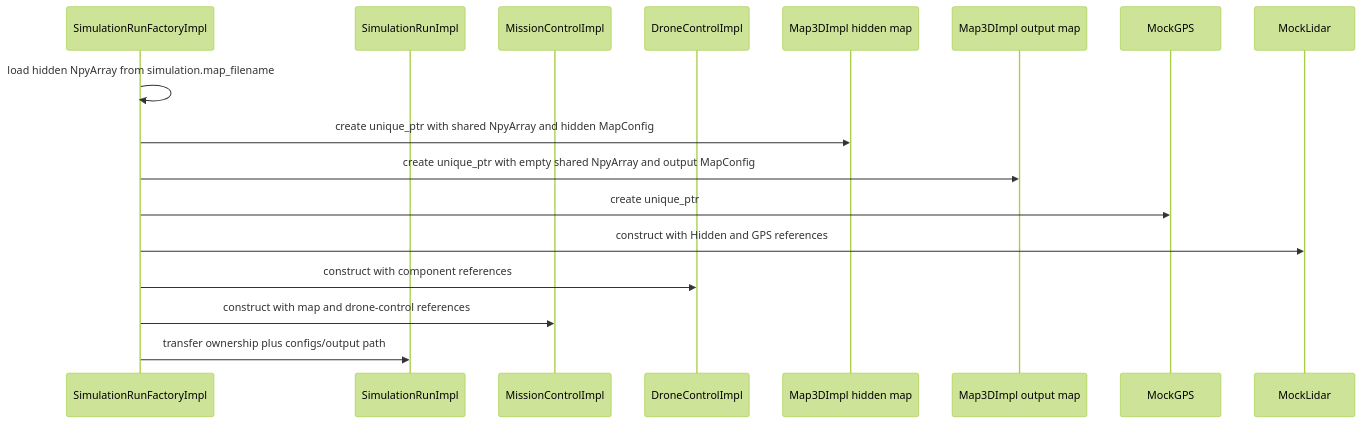
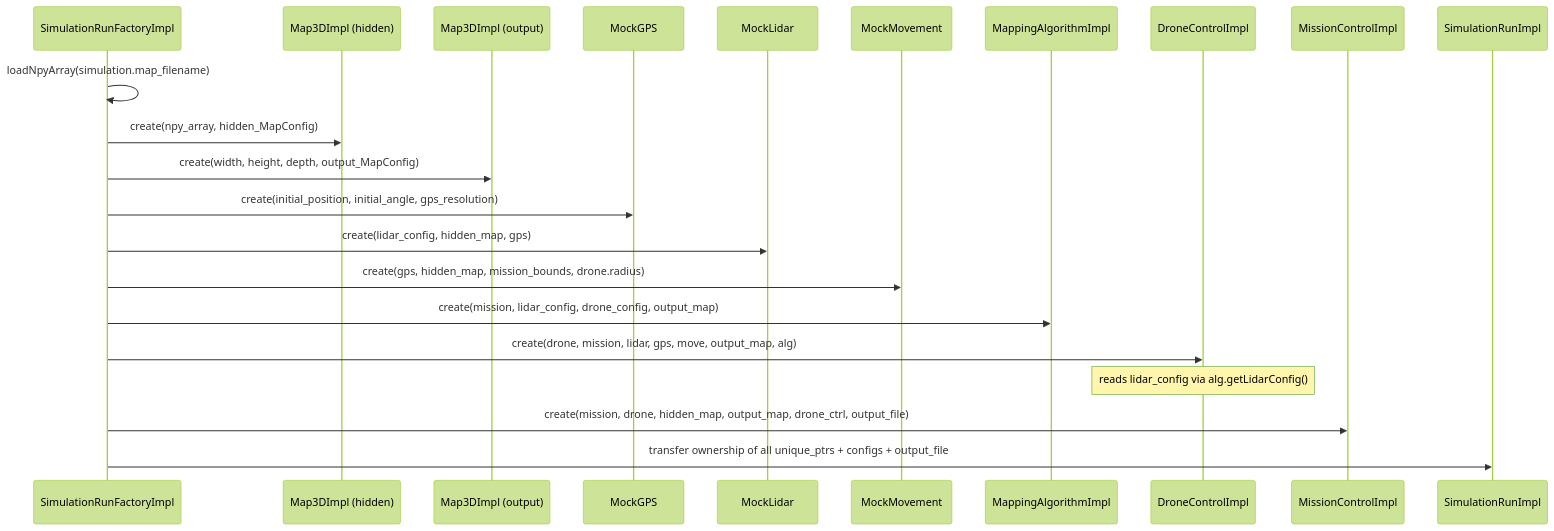
The third of 6 diagrams in docs/HLD.md (MayaAharon2910/Advanced-topics-programming-hw2), drawn with Mermaid (forest theme) before and after one commit. The commit also changed other lines of this file and 15 other files, not shown here.

````diff
--- a/docs/HLD.md
+++ b/docs/HLD.md
@@ -249,20 +253,25 @@
 ```mermaid
 sequenceDiagram
     participant Factory as SimulationRunFactoryImpl
-    participant Run as SimulationRunImpl
+    participant Hidden as Map3DImpl (hidden)
+    participant Output as Map3DImpl (output)
+    participant GPS    as MockGPS
+    participant Lidar  as MockLidar
+    participant Move   as MockMovement
+    participant Alg    as MappingAlgorithmImpl
+    participant Drone  as DroneControlImpl
     participant Mission as MissionControlImpl
-    participant Drone as DroneControlImpl
-    participant Hidden as Map3DImpl hidden map
-    participant Output as Map3DImpl output map
-    participant GPS as MockGPS
-    participant Lidar as MockLidar
+    participant Run    as SimulationRunImpl
 
-    Factory->>Factory: load hidden NpyArray from simulation.map_filename
-    Factory->>Hidden: create unique_ptr with shared NpyArray and hidden MapConfig
-    Factory->>Output: create unique_ptr with empty shared NpyArray and output MapConfig
-    Factory->>GPS: create unique_ptr
-    Factory->>Lidar: construct with Hidden and GPS references
-    Factory->>Drone: construct with component references
-    Factory->>Mission: construct with map and drone-control references
-    Factory->>Run: transfer ownership plus configs/output path
+    Factory->>Factory: loadNpyArray(simulation.map_filename)
+    Factory->>Hidden: create(npy_array, hidden_MapConfig)
+    Factory->>Output: create(width, height, depth, output_MapConfig)
+    Factory->>GPS:   create(initial_position, initial_angle, gps_resolution)
+    Factory->>Lidar: create(lidar_config, hidden_map, gps)
+    Factory->>Move:  create(gps, hidden_map, mission_bounds, drone.radius)
+    Factory->>Alg:   create(mission, lidar_config, drone_config, output_map)
+    Factory->>Drone: create(drone, mission, lidar, gps, move, output_map, alg)
+    Note over Drone: reads lidar_config via alg.getLidarConfig()
+    Factory->>Mission: create(mission, drone, hidden_map, output_map, drone_ctrl, output_file)
+    Factory->>Run: transfer ownership of all unique_ptrs + configs + output_file
 ```
````
